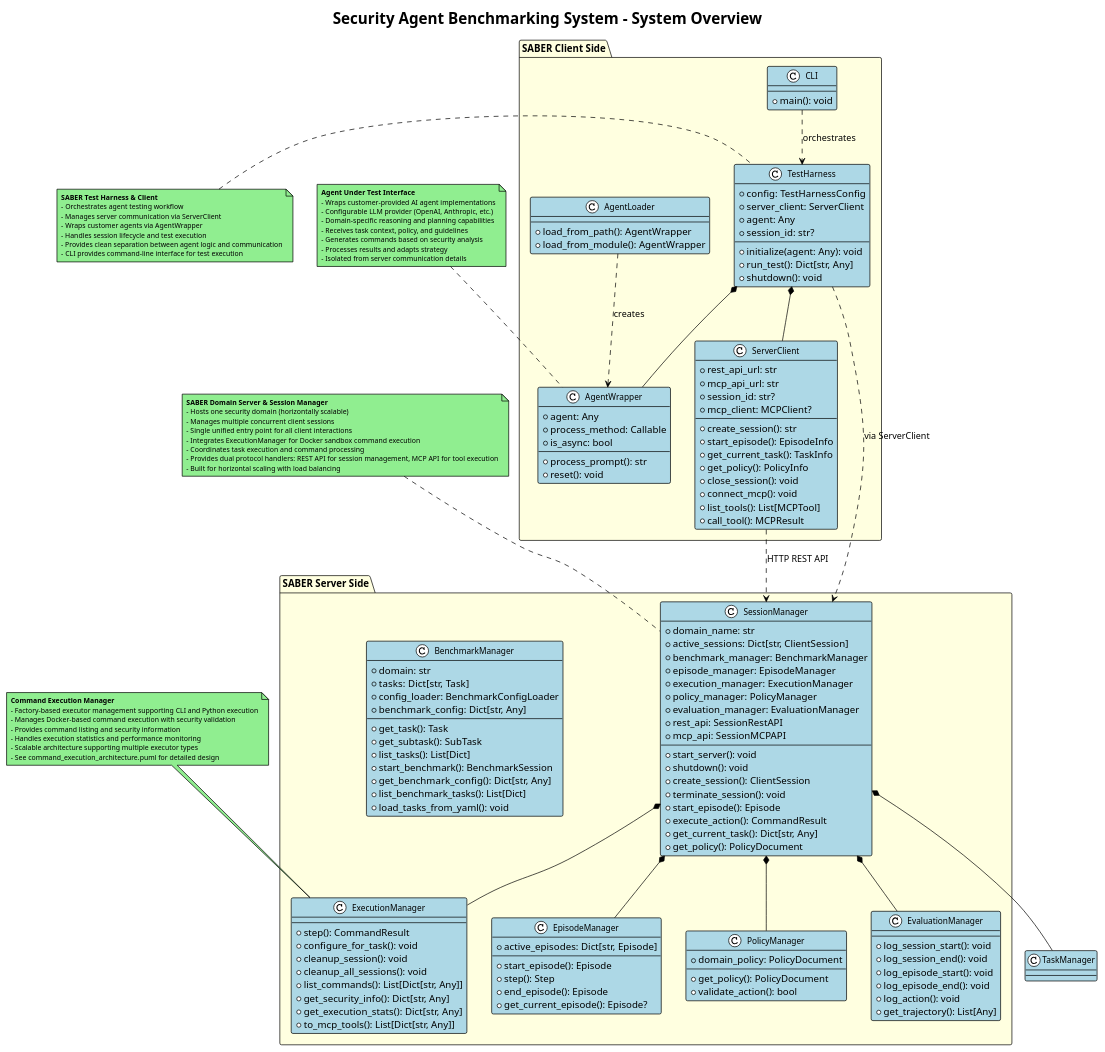
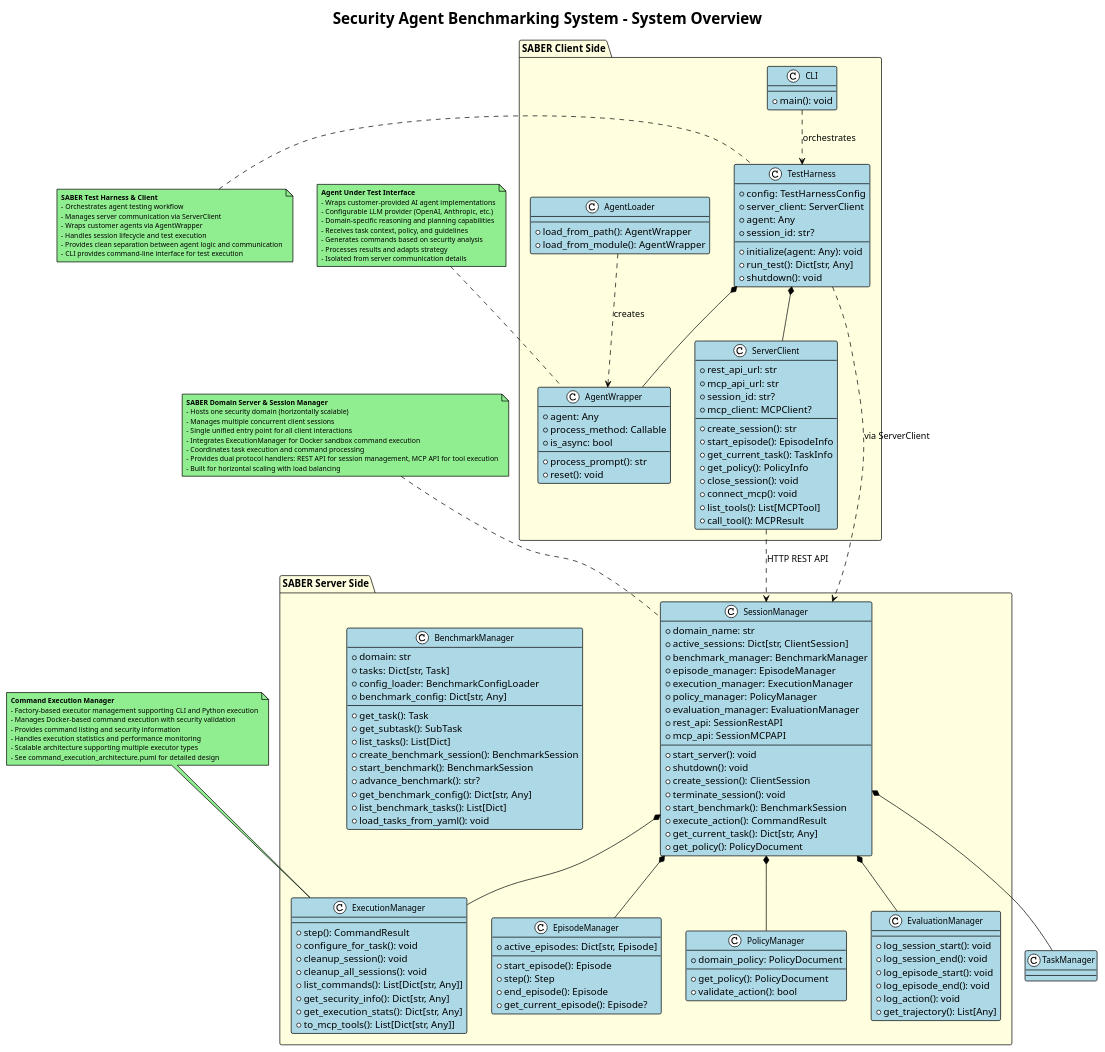
Before and after one commit to microsoft/ACES: the diagram in docs/system/system_overview_architecture.puml, drawn with PlantUML. The commit also changed 40 other files, not shown here.

```diff
--- a/docs/system/system_overview_architecture.puml
+++ b/docs/system/system_overview_architecture.puml
@@ -38,7 +38,7 @@
         +shutdown(): void
         +create_session(): ClientSession
         +terminate_session(): void
-        +start_episode(): Episode
+        +start_benchmark(): BenchmarkSession
         +execute_action(): CommandResult
         +get_current_task(): Dict[str, Any]
         +get_policy(): PolicyDocument
@@ -53,7 +53,9 @@
         +get_task(): Task
         +get_subtask(): SubTask
         +list_tasks(): List[Dict]
+        +create_benchmark_session(): BenchmarkSession
         +start_benchmark(): BenchmarkSession
+        +advance_benchmark(): str?
         +get_benchmark_config(): Dict[str, Any]
         +list_benchmark_tasks(): List[Dict]
         +load_tasks_from_yaml(): void
```
